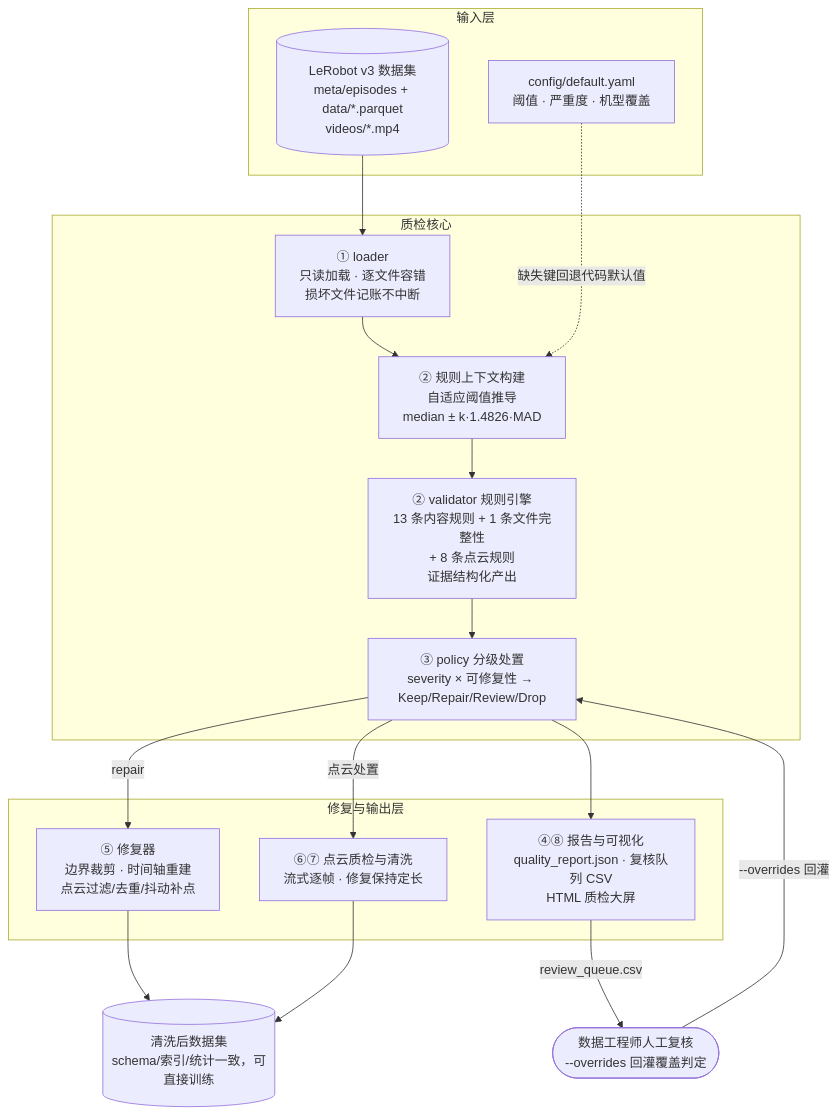
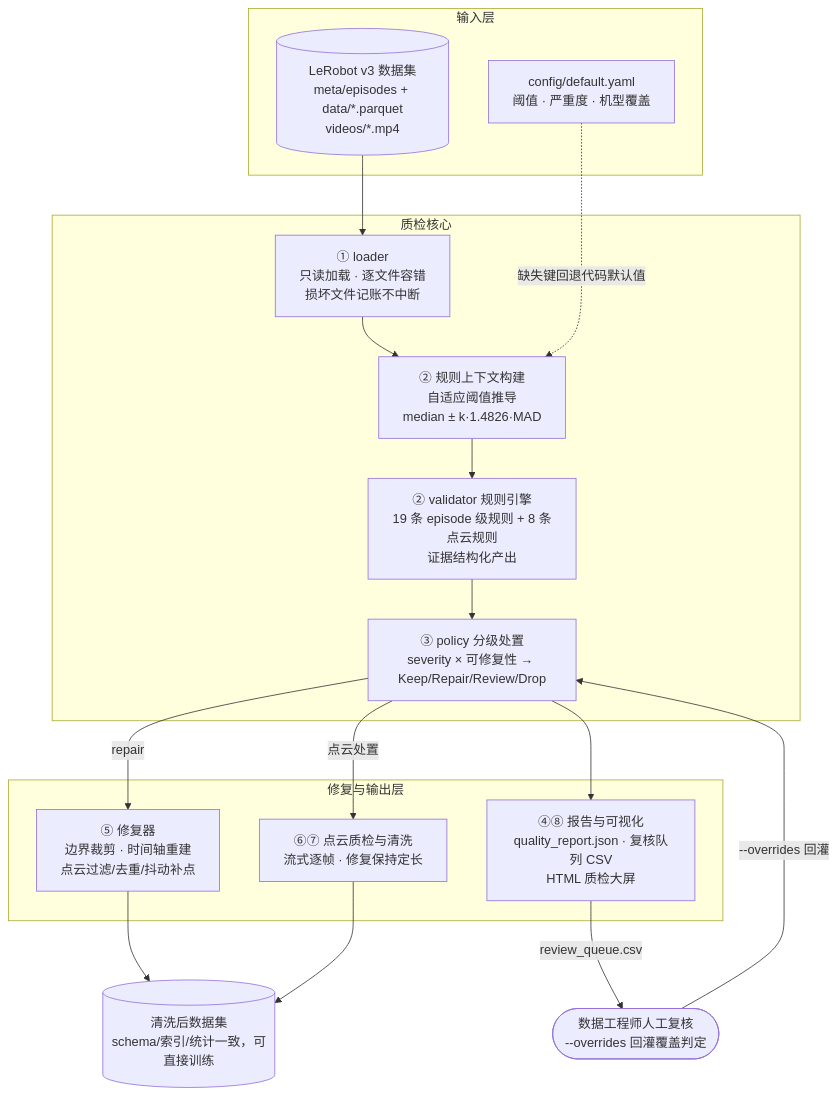
The first of 2 diagrams in ARCHITECTURE.md (15389065619/lerobot-data-quality), drawn with Mermaid before and after one commit. The commit also changed other lines of this file and 1 other file, not shown here.

First line of the commit message:
docs: README 瘦身，参考内容并入 ARCHITECTURE 附录

````diff
--- a/ARCHITECTURE.md
+++ b/ARCHITECTURE.md
@@ -42,31 +42,31 @@
 ```mermaid
 flowchart TD
     subgraph IN[输入层]
         DS[("LeRobot v3 数据集<br/>meta/episodes + data/*.parquet<br/>videos/*.mp4")]
         CFG["config/default.yaml<br/>阈值 · 严重度 · 机型覆盖"]
     end
 
     subgraph CORE[质检核心]
         L["① loader<br/>只读加载 · 逐文件容错<br/>损坏文件记账不中断"]
         CTX["② 规则上下文构建<br/>自适应阈值推导<br/>median ± k·1.4826·MAD"]
-        V["② validator 规则引擎<br/>13 条内容规则 + 1 条文件完整性<br/>+ 8 条点云规则<br/>证据结构化产出"]
+        V["② validator 规则引擎<br/>19 条 episode 级规则 + 8 条点云规则<br/>证据结构化产出"]
         P["③ policy 分级处置<br/>severity × 可修复性 → Keep/Repair/Review/Drop"]
     end
 
     subgraph ACT[修复与输出层]
         FIX["⑤ 修复器<br/>边界裁剪 · 时间轴重建<br/>点云过滤/去重/抖动补点"]
         PCR["⑥⑦ 点云质检与清洗<br/>流式逐帧 · 修复保持定长"]
         RPT["④⑧ 报告与可视化<br/>quality_report.json · 复核队列 CSV<br/>HTML 质检大屏"]
     end
 
     HUMAN(["数据工程师人工复核<br/>--overrides 回灌覆盖判定"])
     OUT[("清洗后数据集<br/>schema/索引/统计一致，可直接训练")]
 
     DS --> L --> CTX --> V --> P
     CFG -.->|缺失键回退代码默认值| CTX
     P -->|repair| FIX --> OUT
     P -->|点云处置| PCR --> OUT
     P --> RPT
     RPT -->|review_queue.csv| HUMAN
     HUMAN -->|--overrides 回灌| P
 ```
````
